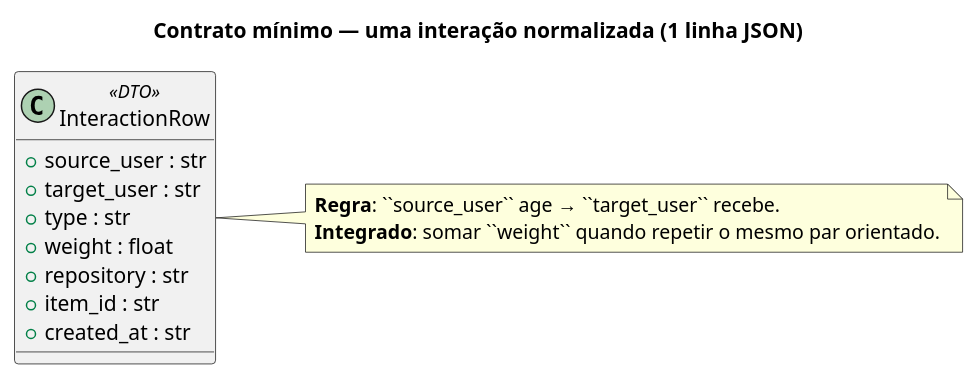
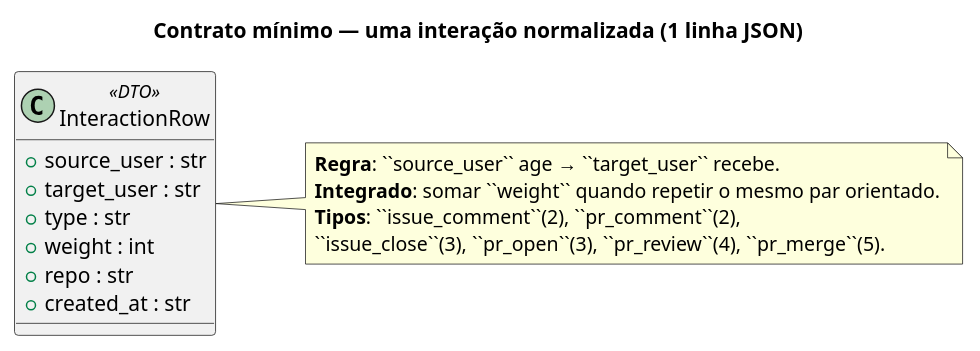
One commit to Erickguedesc/trabalho-pratico-grafos changed the diagram in docs/contrato/diagrama-contrato-interacoes.puml. Above: the diagram before and after it, drawn with PlantUML. The commit also changed 11 other files, not shown here.

```diff
--- a/docs/contrato/diagrama-contrato-interacoes.puml
+++ b/docs/contrato/diagrama-contrato-interacoes.puml
@@ -1,22 +1,23 @@
 @startuml diagrama-contrato-interacoes
 
 title Contrato mínimo — uma interação normalizada (1 linha JSON)
 
 left to right direction
 
 class InteractionRow <<DTO>> {
   + source_user : str
   + target_user : str
   + type : str
-  + weight : float
-  + repository : str
-  + item_id : str
+  + weight : int
+  + repo : str
   + created_at : str
 }
 
 note right of InteractionRow
   **Regra**: ``source_user`` age → ``target_user`` recebe.
   **Integrado**: somar ``weight`` quando repetir o mesmo par orientado.
+  **Tipos**: ``issue_comment``(2), ``pr_comment``(2),
+  ``issue_close``(3), ``pr_open``(3), ``pr_review``(4), ``pr_merge``(5).
 end note
 
 @enduml
```
